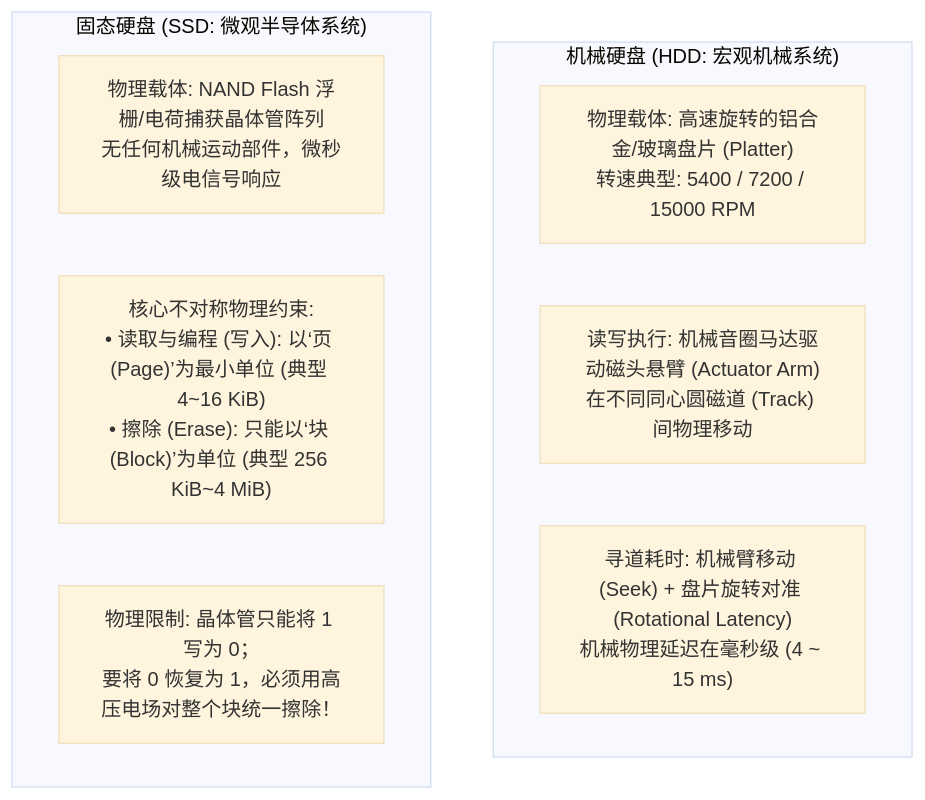
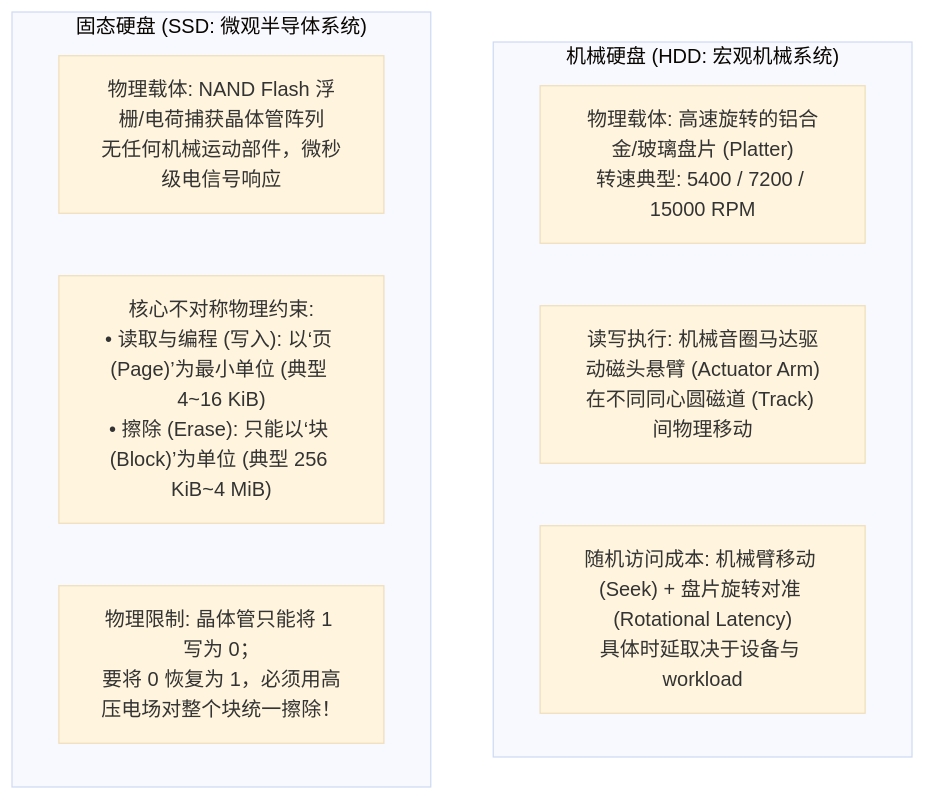
Before and after one commit to CN-JJB/essential-cs: the first of 2 diagrams in book/09-storage-engine-durable-storage/L09-02.md, drawn with Mermaid (base theme). The commit also changed other lines of this file, not shown here.

````diff
--- a/book/09-storage-engine-durable-storage/L09-02.md
+++ b/book/09-storage-engine-durable-storage/L09-02.md
@@ -40,14 +40,14 @@
 ```mermaid
 flowchart TD
     subgraph HDD["机械硬盘 (HDD: 宏观机械系统)"]
         H1["物理载体: 高速旋转的铝合金/玻璃盘片 (Platter)<br>转速典型: 5400 / 7200 / 15000 RPM"]
         H2["读写执行: 机械音圈马达驱动磁头悬臂 (Actuator Arm)<br>在不同同心圆磁道 (Track) 间物理移动"]
-        H3["寻道耗时: 机械臂移动 (Seek) + 盘片旋转对准 (Rotational Latency)<br>机械物理延迟在毫秒级 (4 ~ 15 ms)"]
+        H3["随机访问成本: 机械臂移动 (Seek) + 盘片旋转对准 (Rotational Latency)<br>具体时延取决于设备与 workload"]
     end
 
     subgraph SSD["固态硬盘 (SSD: 微观半导体系统)"]
         S1["物理载体: NAND Flash 浮栅/电荷捕获晶体管阵列<br>无任何机械运动部件，微秒级电信号响应"]
         S2["核心不对称物理约束:<br>• 读取与编程 (写入): 以‘页 (Page)’为最小单位 (典型 4~16 KiB)<br>• 擦除 (Erase): 只能以‘块 (Block)’为单位 (典型 256 KiB~4 MiB)"]
         S3["物理限制: 晶体管只能将 1 写为 0；<br>要将 0 恢复为 1，必须用高压电场对整个块统一擦除！"]
     end
 ```
````
